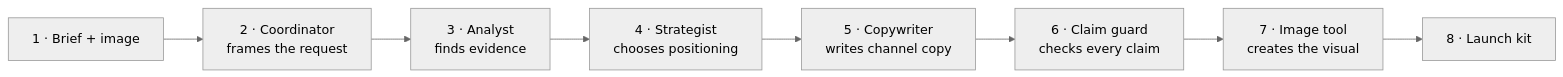
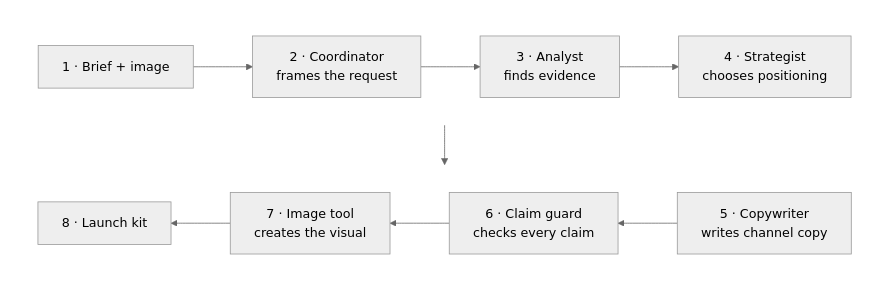
Before and after one commit to nitya/model-mastery: the second of 2 diagrams in foundry/agent-optimization/instructions/skillable/README.md, drawn with Mermaid (neutral theme). The commit also changed other lines of this file and 3 other files, not shown here.

Commit message:
Wrap agent architecture diagrams

````diff
--- a/foundry/agent-optimization/instructions/skillable/README.md
+++ b/foundry/agent-optimization/instructions/skillable/README.md
@@ -70,10 +70,18 @@
 ```mermaid
-flowchart LR
-    IN["1 · Brief + image"] --> CO["2 · Coordinator<br/>frames the request"]
-    CO --> PA["3 · Analyst<br/>finds evidence"]
-    PA --> CS["4 · Strategist<br/>chooses positioning"]
-    CS --> CW["5 · Copywriter<br/>writes channel copy"]
-    CW --> CG["6 · Claim guard<br/>checks every claim"]
-    CG --> IG["7 · Image tool<br/>creates the visual"]
-    IG --> OUT["8 · Launch kit"]
+flowchart TB
+    subgraph TOP[" "]
+        direction LR
+        IN["1 · Brief + image"] --> CO["2 · Coordinator<br/>frames the request"]
+        CO --> PA["3 · Analyst<br/>finds evidence"]
+        PA --> CS["4 · Strategist<br/>chooses positioning"]
+    end
+    subgraph BOTTOM[" "]
+        direction RL
+        CW["5 · Copywriter<br/>writes channel copy"] --> CG["6 · Claim guard<br/>checks every claim"]
+        CG --> IG["7 · Image tool<br/>creates the visual"]
+        IG --> OUT["8 · Launch kit"]
+    end
+    CS --> CW
+    style TOP fill:none,stroke:none
+    style BOTTOM fill:none,stroke:none
 ```
````
